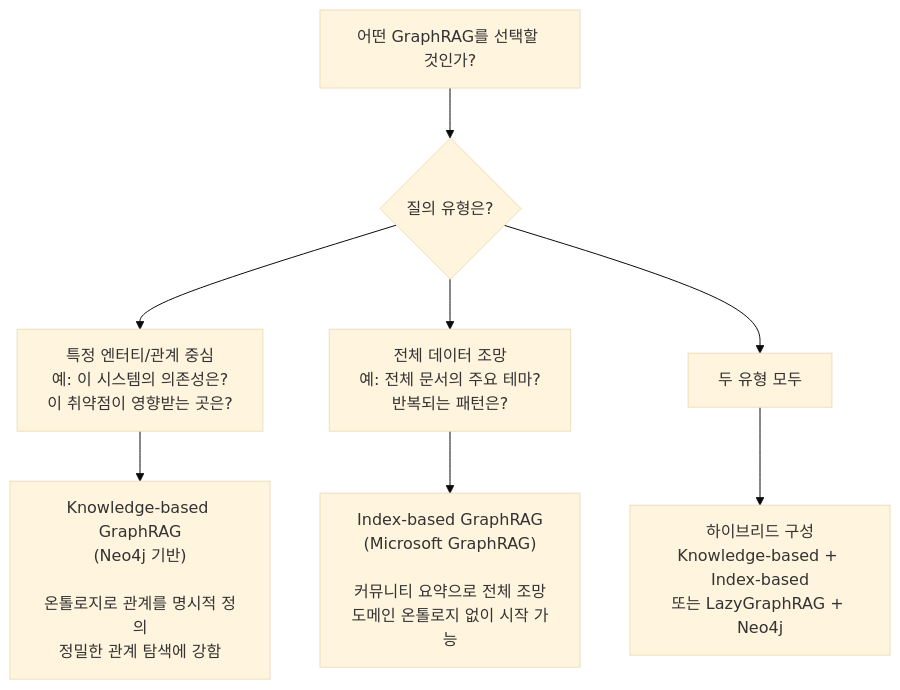
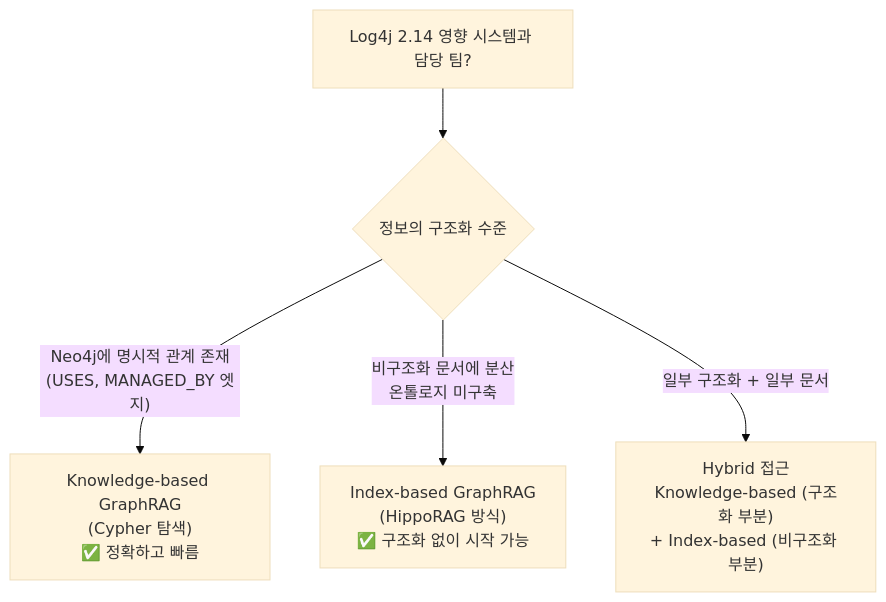
The ninth of 9 diagrams in _posts/2026-05-11-rag-기술-아키텍처-세미나-‐-(2)-index‐based-graphrag-심화-이해.md (k82022603/k82022603.github.io), drawn with Mermaid (base theme) before and after one commit. The commit also changed other lines of this file and 5 other files, not shown here.

````diff
--- a/_posts/2026-05-11-rag-기술-아키텍처-세미나-‐-(2)-index‐based-graphrag-심화-이해.md
+++ b/_posts/2026-05-11-rag-기술-아키텍처-세미나-‐-(2)-index‐based-graphrag-심화-이해.md
@@ -469,16 +532,12 @@
 ```mermaid
 flowchart TD
-    Q["어떤 GraphRAG를 선택할 것인가?"]
+    Q["Log4j 2.14 영향 시스템과 담당 팀?"]
 
-    Q --> A{"질의 유형은?"}
+    Q --> A{정보의 구조화 수준}
 
-    A --> LOCAL_Q["특정 엔터티/관계 중심\n예: 이 시스템의 의존성은?\n이 취약점이 영향받는 곳은?"]
-    A --> GLOBAL_Q["전체 데이터 조망\n예: 전체 문서의 주요 테마?\n반복되는 패턴은?"]
-    A --> BOTH["두 유형 모두"]
+    A -->|"Neo4j에 명시적 관계 존재\n(USES, MANAGED_BY 엣지)"| B["Knowledge-based GraphRAG\n(Cypher 탐색)\n✅ 정확하고 빠름"]
 
-    LOCAL_Q --> KB["Knowledge-based GraphRAG\n(Neo4j 기반)\n\n온톨로지로 관계를 명시적 정의\n정밀한 관계 탐색에 강함"]
+    A -->|"비구조화 문서에 분산\n온톨로지 미구축"| C["Index-based GraphRAG\n(HippoRAG 방식)\n✅ 구조화 없이 시작 가능"]
 
-    GLOBAL_Q --> IB["Index-based GraphRAG\n(Microsoft GraphRAG)\n\n커뮤니티 요약으로 전체 조망\n도메인 온톨로지 없이 시작 가능"]
-
-    BOTH --> HYBRID["하이브리드 구성\nKnowledge-based + Index-based\n또는 LazyGraphRAG + Neo4j"]
+    A -->|"일부 구조화 + 일부 문서"| D["Hybrid 접근\nKnowledge-based (구조화 부분)\n+ Index-based (비구조화 부분)"]
 ```
````
